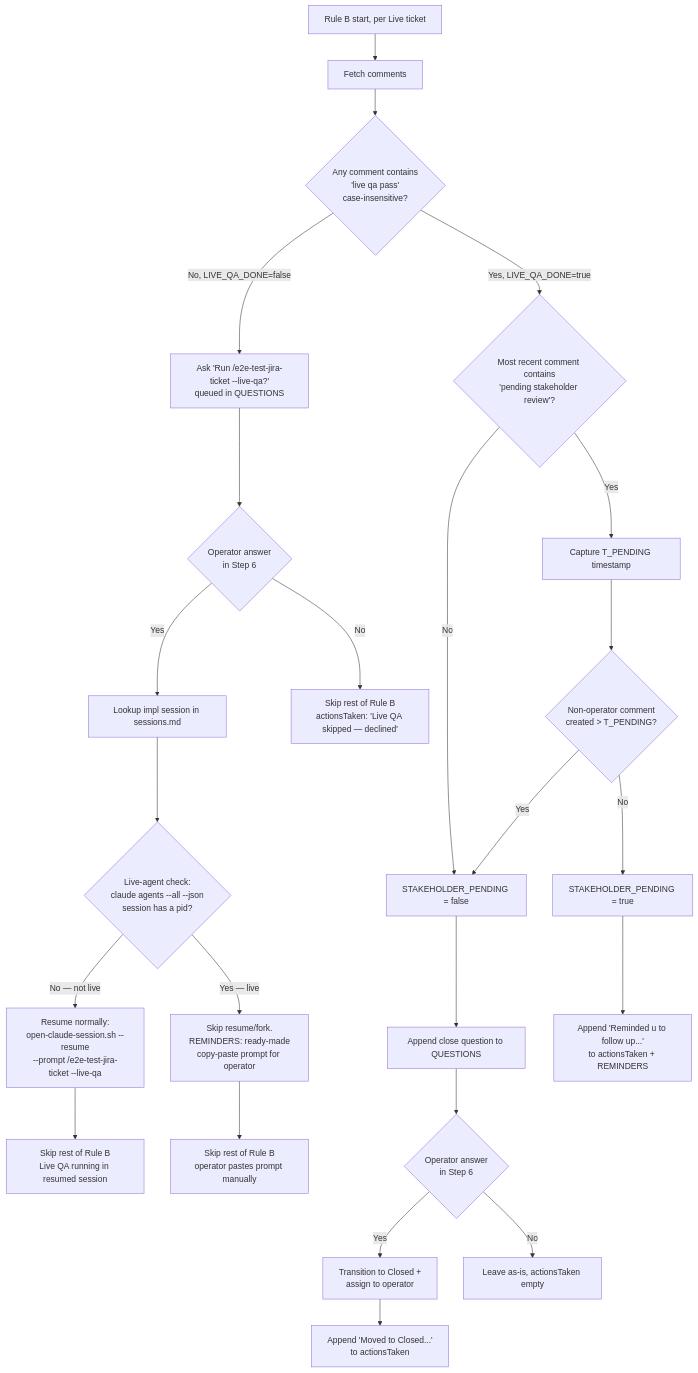
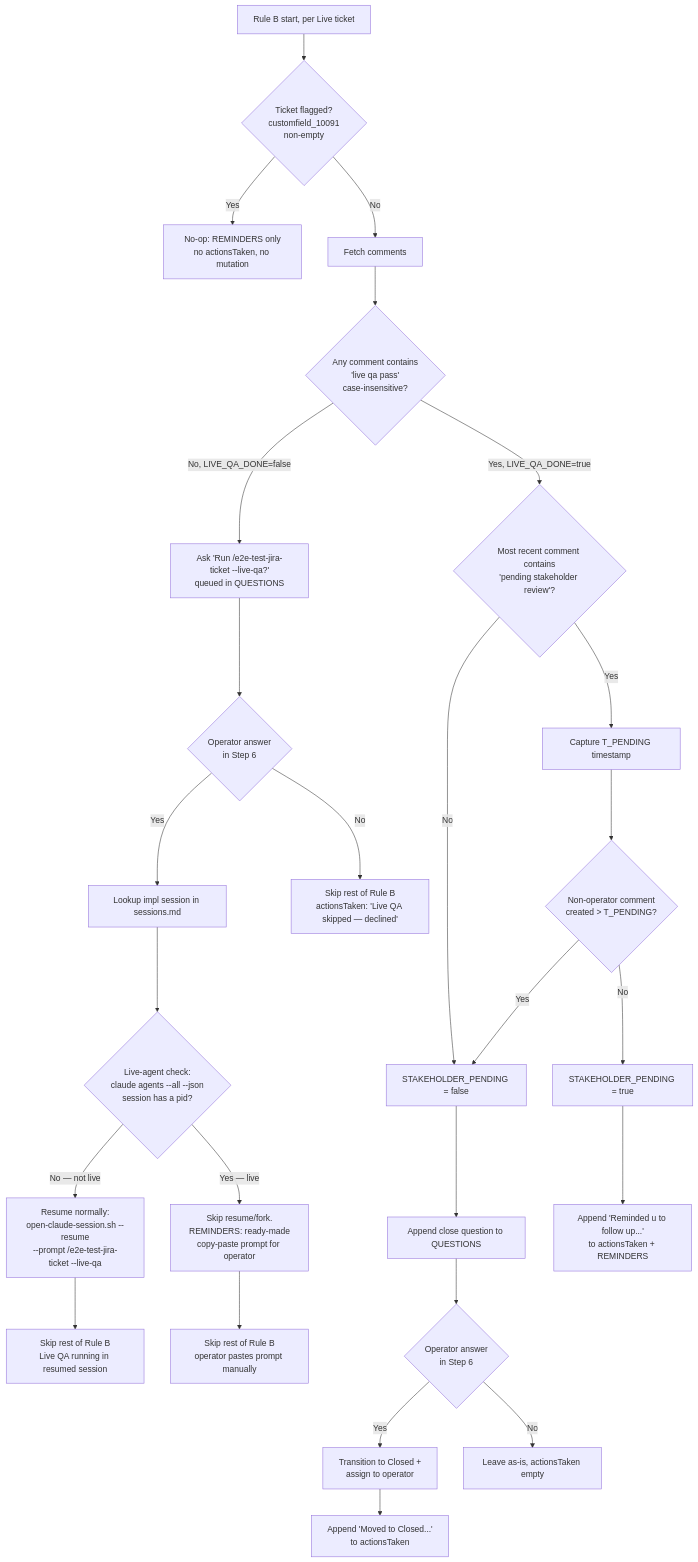
One commit to fabiano001/claude-config changed the third of 7 diagrams in skills/jira-sprint-manager/SKILL.md. Above: the diagram before and after it, drawn with Mermaid. The commit also changed other lines of this file and 374 other files, not shown here.

````diff
--- a/skills/jira-sprint-manager/SKILL.md
+++ b/skills/jira-sprint-manager/SKILL.md
@@ -213,26 +226,28 @@
 ```mermaid
 flowchart TD
-    A[Rule B start, per Live ticket] --> B[Fetch comments]
+    A[Rule B start, per Live ticket] --> FLAG{Ticket flagged?<br/>customfield_10091<br/>non-empty}
+    FLAG -->|Yes| FSKIP[No-op: REMINDERS only<br/>no actionsTaken, no mutation]
+    FLAG -->|No| B[Fetch comments]
     B --> C{Any comment contains<br/>'live qa pass'<br/>case-insensitive?}
     C -->|No, LIVE_QA_DONE=false| D[Ask 'Run /e2e-test-jira-ticket --live-qa?'<br/>queued in QUESTIONS]
     D --> D1{Operator answer<br/>in Step 6}
     D1 -->|Yes| D2[Lookup impl session in sessions.md]
     D1 -->|No| D3[Skip rest of Rule B<br/>actionsTaken: 'Live QA skipped — declined']
     D2 --> D2a{Live-agent check:<br/>claude agents --all --json<br/>session has a pid?}
     D2a -->|No — not live| D2b[Resume normally:<br/>open-claude-session.sh --resume<br/>--prompt /e2e-test-jira-ticket --live-qa]
     D2a -->|Yes — live| D2c[Skip resume/fork.<br/>REMINDERS: ready-made<br/>copy-paste prompt for operator]
     D2b --> Z1[Skip rest of Rule B<br/>Live QA running in resumed session]
     D2c --> Z2[Skip rest of Rule B<br/>operator pastes prompt manually]
     C -->|Yes, LIVE_QA_DONE=true| E{Most recent comment contains<br/>'pending stakeholder review'?}
     E -->|No| K[STAKEHOLDER_PENDING = false]
     E -->|Yes| F[Capture T_PENDING timestamp]
     F --> G{Non-operator comment<br/>created > T_PENDING?}
     G -->|Yes| K
     G -->|No| H[STAKEHOLDER_PENDING = true]
     H --> I[Append 'Reminded u to follow up...'<br/>to actionsTaken + REMINDERS]
     K --> L[Append close question to QUESTIONS]
     L --> M{Operator answer<br/>in Step 6}
     M -->|Yes| N[Transition to Closed +<br/>assign to operator]
     M -->|No| O[Leave as-is, actionsTaken empty]
     N --> P[Append 'Moved to Closed...'<br/>to actionsTaken]
 ```
````
